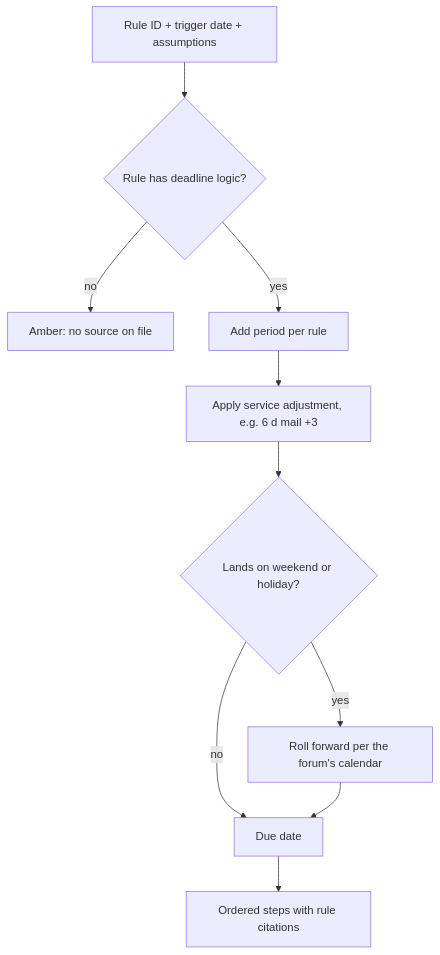
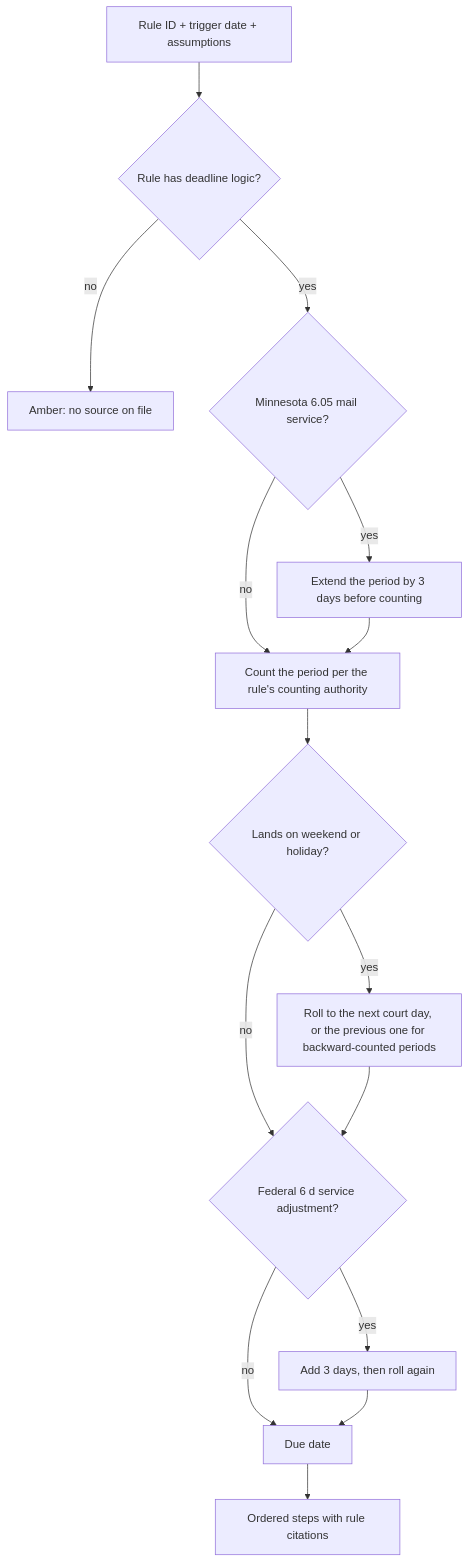
The fourth of 4 diagrams in docs/plans/2026-11-08-1555-feat-matter-cockpit-cle-demo-plan.md (damienriehl/demo-mcle-2026-12), drawn with Mermaid before and after one commit. The commit also changed other lines of this file, not shown here.

First line of the commit message:
docs: apply document-review fixes to Matter Cockpit plan

````diff
--- a/docs/plans/2026-11-08-1555-feat-matter-cockpit-cle-demo-plan.md
+++ b/docs/plans/2026-11-08-1555-feat-matter-cockpit-cle-demo-plan.md
@@ -272,12 +272,17 @@
 ```mermaid
 flowchart TB
   A[Rule ID + trigger date + assumptions] --> B{Rule has deadline logic?}
   B -->|no| W[Amber: no source on file]
-  B -->|yes| C[Add period per rule]
-  C --> D[Apply service adjustment, e.g. 6 d mail +3]
-  D --> E{Lands on weekend or holiday?}
-  E -->|yes| F[Roll forward per the forum's calendar]
-  E -->|no| G[Due date]
-  F --> G
+  B -->|yes| M{Minnesota 6.05 mail service?}
+  M -->|yes| N[Extend the period by 3 days before counting]
+  M -->|no| C[Count the period per the rule's counting authority]
+  N --> C
+  C --> E{Lands on weekend or holiday?}
+  E -->|yes| F[Roll to the next court day, or the previous one for backward-counted periods]
+  E -->|no| X{Federal 6 d service adjustment?}
+  F --> X
+  X -->|yes| Y[Add 3 days, then roll again]
+  X -->|no| G[Due date]
+  Y --> G
   G --> H[Ordered steps with rule citations]
 ```
````
